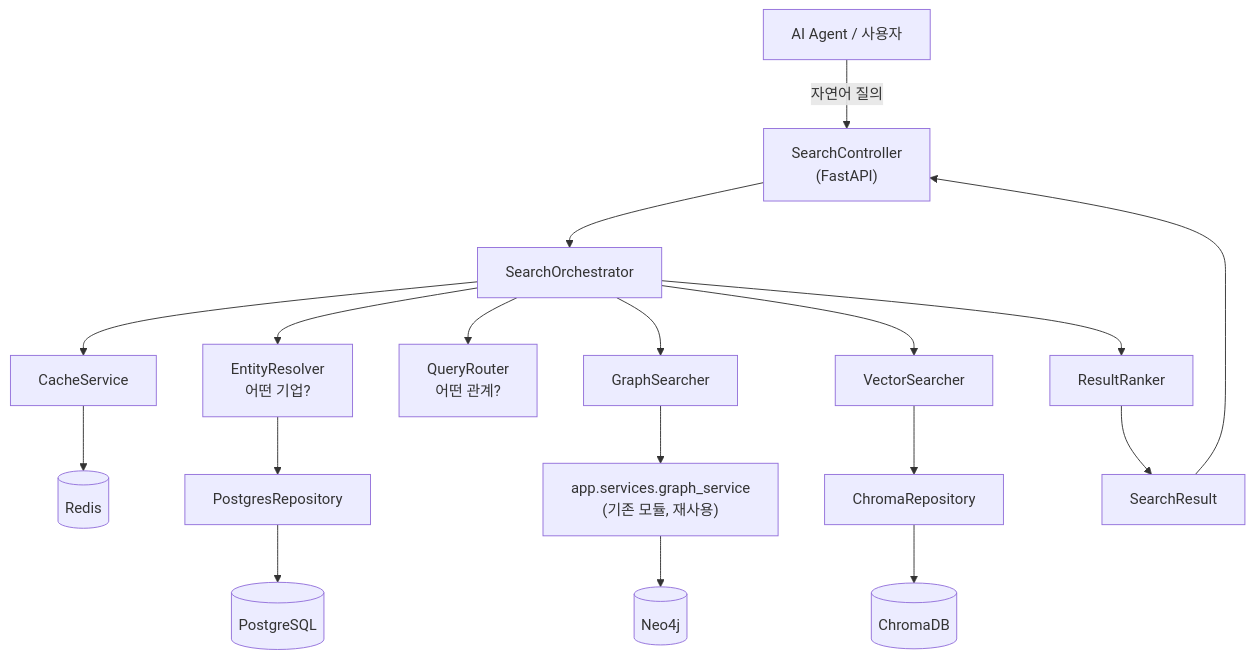
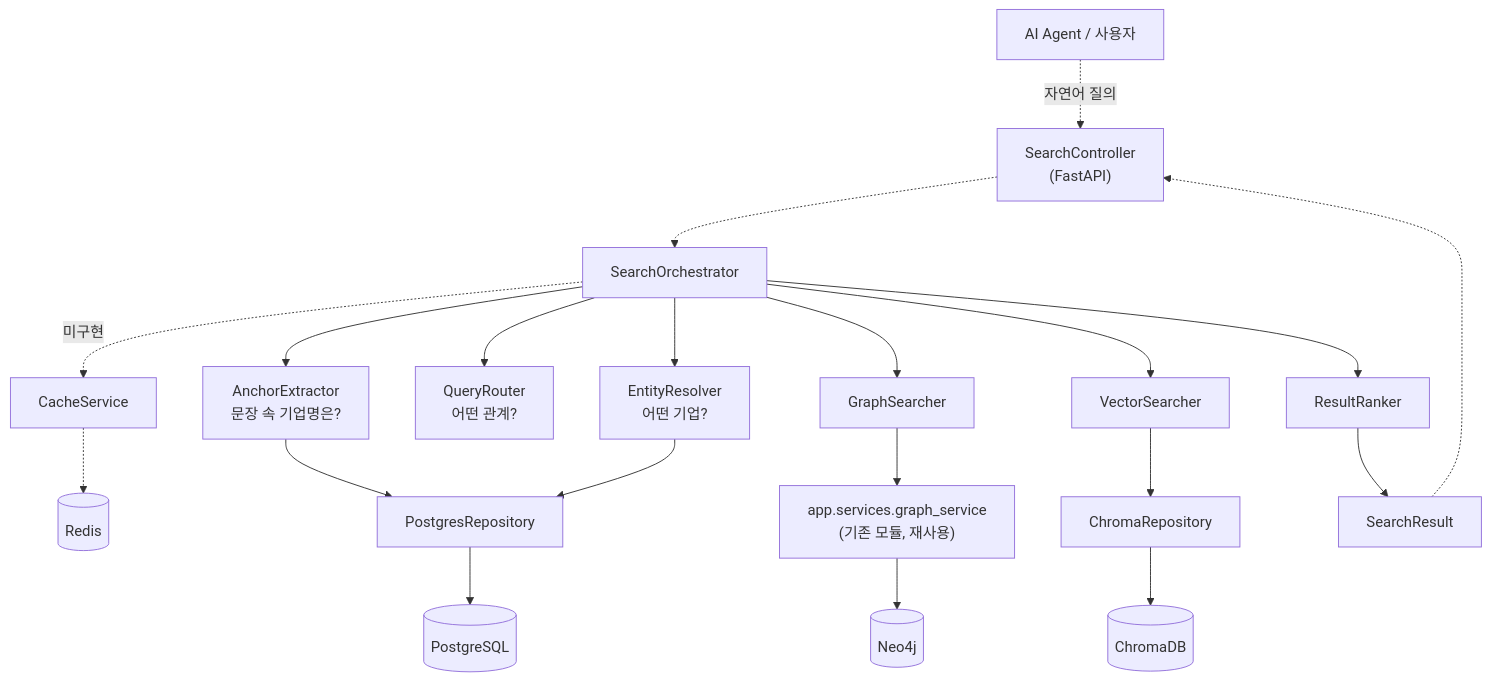
One commit to Biz-Node/BizNode-AI-Data changed the first of 2 diagrams in BizNode_Search_Layer_설계.md. Above: the diagram before and after it, drawn with Mermaid. The commit also changed other lines of this file and 3 other files, not shown here.

````diff
--- a/BizNode_Search_Layer_설계.md
+++ b/BizNode_Search_Layer_설계.md
@@ -33,23 +31,25 @@
 ```mermaid
 flowchart TD
-    Agent["AI Agent / 사용자"] -->|"자연어 질의"| API["SearchController<br/>(FastAPI)"]
-    API --> Orch["SearchOrchestrator"]
+    Agent["AI Agent / 사용자"] -.->|"자연어 질의"| API["SearchController<br/>(FastAPI)"]
+    API -.-> Orch["SearchOrchestrator"]
 
-    Orch --> Cache["CacheService"]
+    Orch --> AE["AnchorExtractor<br/>문장 속 기업명은?"]
     Orch --> ER["EntityResolver<br/>어떤 기업?"]
     Orch --> QR["QueryRouter<br/>어떤 관계?"]
     Orch --> GS["GraphSearcher"]
     Orch --> VS["VectorSearcher"]
     Orch --> RR["ResultRanker"]
+    Orch -.->|미구현| Cache["CacheService"]
 
-    Cache --> Redis[(Redis)]
+    Cache -.-> Redis[(Redis)]
+    AE --> PGRepo
     ER --> PGRepo["PostgresRepository"]
     PGRepo --> PG[(PostgreSQL)]
     GS --> GraphSvc["app.services.graph_service<br/>(기존 모듈, 재사용)"]
     GraphSvc --> Neo4j[(Neo4j)]
     VS --> ChromaRepo["ChromaRepository"]
     ChromaRepo --> Chroma[(ChromaDB)]
 
     RR --> Result["SearchResult"]
-    Result --> API
+    Result -.-> API
 ```
````
